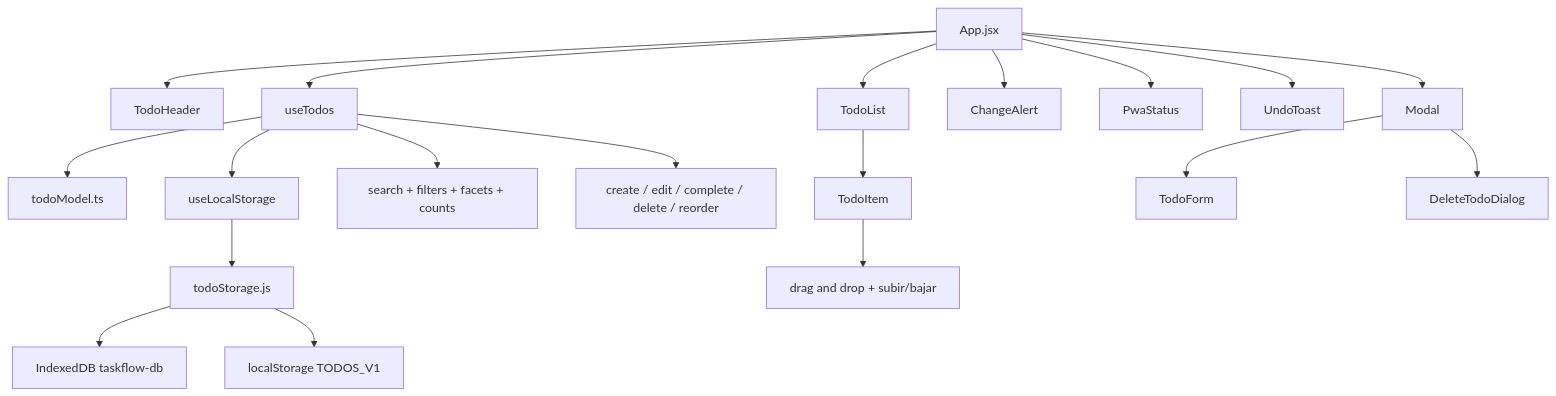
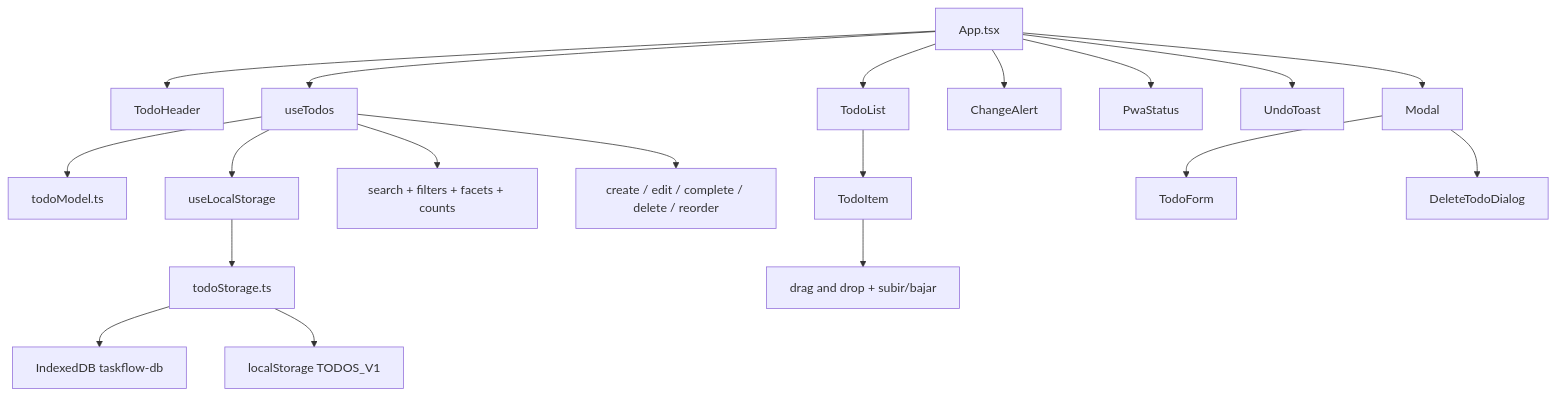
One commit to LeandroMelchiori/React-ToDoList changed the diagram in README.md. Above: the diagram before and after it, drawn with Mermaid. The commit also changed other lines of this file and 2 other files, not shown here.

````diff
--- a/README.md
+++ b/README.md
@@ -102,21 +102,21 @@
 ```mermaid
 flowchart TD
-  App["App.jsx"] --> Header["TodoHeader"]
+  App["App.tsx"] --> Header["TodoHeader"]
   App --> List["TodoList"]
   App --> Modal["Modal"]
   App --> Alert["ChangeAlert"]
   App --> PWA["PwaStatus"]
   App --> Undo["UndoToast"]
   App --> Todos["useTodos"]
   Todos --> Model["todoModel.ts"]
   Todos --> Storage["useLocalStorage"]
-  Storage --> Adapter["todoStorage.js"]
+  Storage --> Adapter["todoStorage.ts"]
   Adapter --> IndexedDB["IndexedDB taskflow-db"]
   Adapter --> LocalStorage["localStorage TODOS_V1"]
   Todos --> Filters["search + filters + facets + counts"]
   Todos --> Actions["create / edit / complete / delete / reorder"]
   List --> Item["TodoItem"]
   Item --> Order["drag and drop + subir/bajar"]
   Modal --> Form["TodoForm"]
   Modal --> DeleteDialog["DeleteTodoDialog"]
 ```
````
